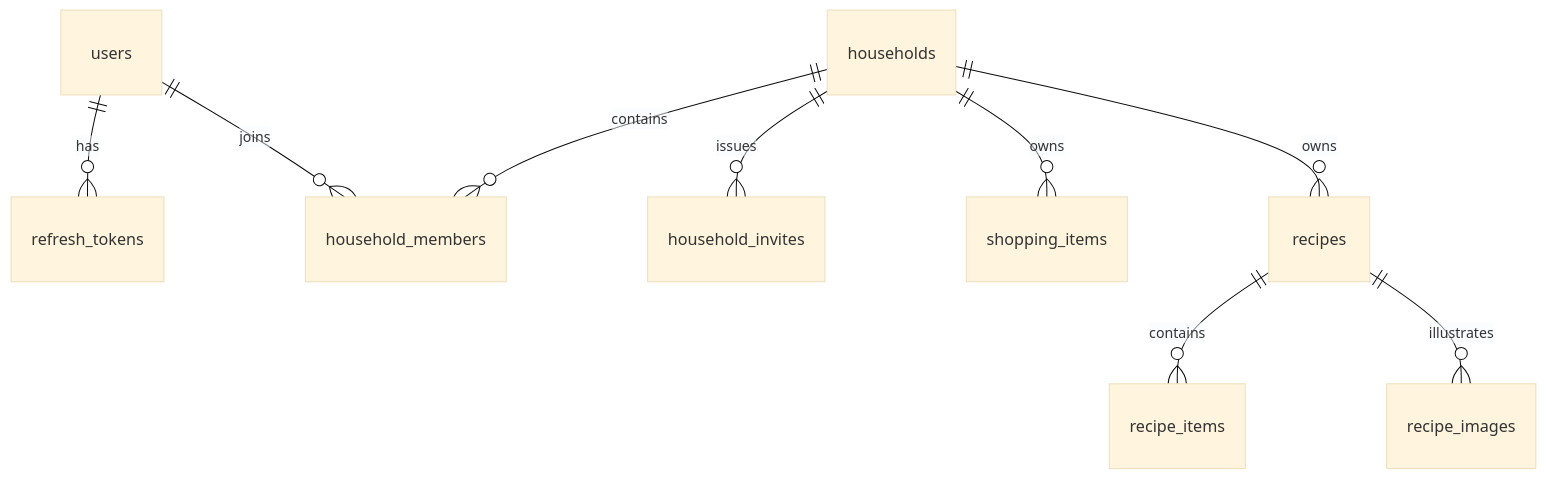
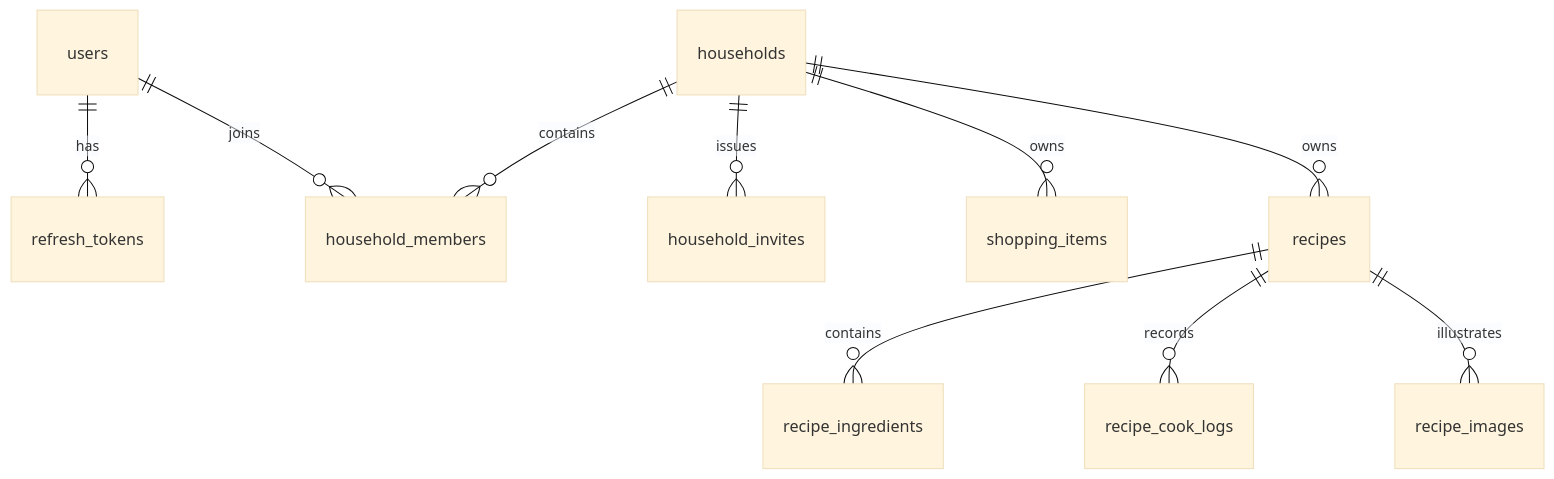
The diagram in docs/data-model.md (arturchichorro/home-hub), drawn with Mermaid (base theme) before and after one commit. The commit also changed other lines of this file and 4 other files, not shown here.

````diff
--- a/docs/data-model.md
+++ b/docs/data-model.md
@@ -17,11 +17,12 @@
 ```mermaid
 erDiagram
   users ||--o{ refresh_tokens : has
   users ||--o{ household_members : joins
   households ||--o{ household_members : contains
   households ||--o{ household_invites : issues
   households ||--o{ shopping_items : owns
   households ||--o{ recipes : owns
-  recipes ||--o{ recipe_items : contains
+  recipes ||--o{ recipe_ingredients : contains
+  recipes ||--o{ recipe_cook_logs : records
   recipes ||--o{ recipe_images : illustrates
 ```
````
